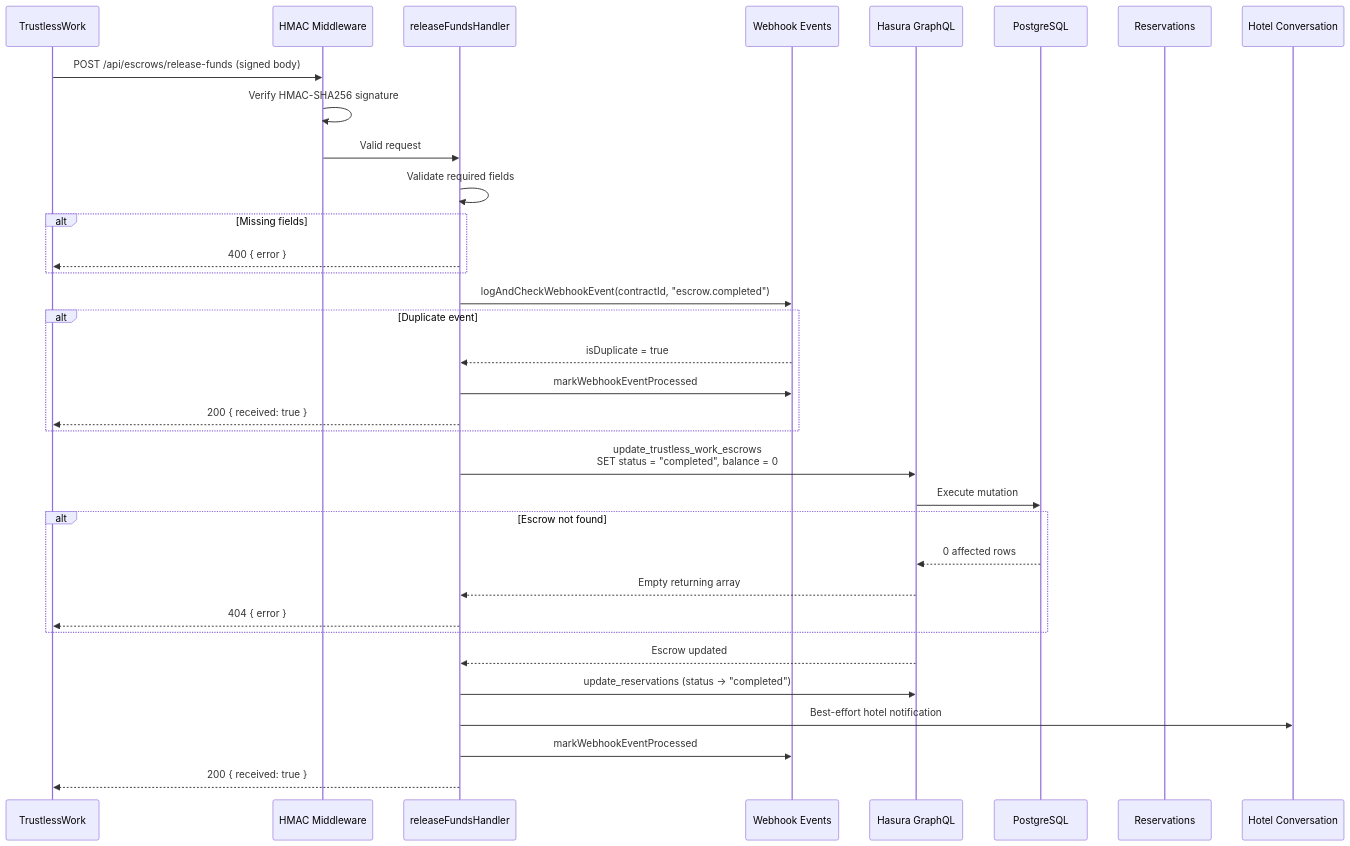
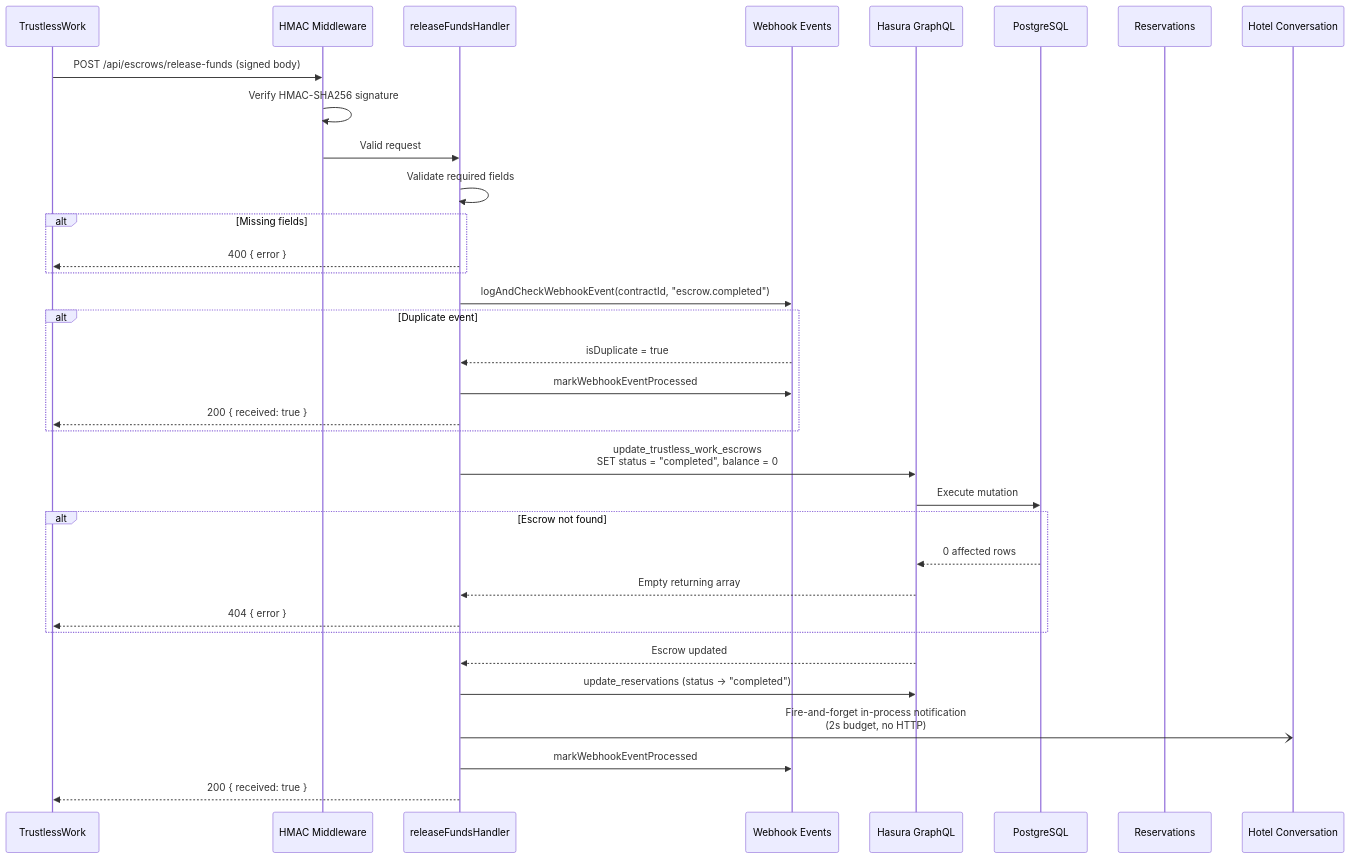
Before and after one commit to safetrustcr/backend-SafeTrust: the first of 3 diagrams in docs/stellar/release-funds.md, drawn with Mermaid. The commit also changed other lines of this file and 16 other files, not shown here.

````diff
--- a/docs/stellar/release-funds.md
+++ b/docs/stellar/release-funds.md
@@ -12,42 +12,42 @@
 ```mermaid
 sequenceDiagram
     participant TW as TrustlessWork
     participant MW as HMAC Middleware
     participant H as releaseFundsHandler
     participant WS as Webhook Events
     participant HAS as Hasura GraphQL
     participant DB as PostgreSQL
     participant R as Reservations
     participant HC as Hotel Conversation
 
     TW->>MW: POST /api/escrows/release-funds (signed body)
     MW->>MW: Verify HMAC-SHA256 signature
     MW->>H: Valid request
 
     H->>H: Validate required fields
     alt Missing fields
         H-->>TW: 400 { error }
     end
 
     H->>WS: logAndCheckWebhookEvent(contractId, "escrow.completed")
     alt Duplicate event
         WS-->>H: isDuplicate = true
         H->>WS: markWebhookEventProcessed
         H-->>TW: 200 { received: true }
     end
 
     H->>HAS: update_trustless_work_escrows<br/>SET status = "completed", balance = 0
     HAS->>DB: Execute mutation
     alt Escrow not found
         DB-->>HAS: 0 affected rows
         HAS-->>H: Empty returning array
         H-->>TW: 404 { error }
     end
     HAS-->>H: Escrow updated
 
     H->>HAS: update_reservations (status → "completed")
-    H->>HC: Best-effort hotel notification
+    H-)HC: Fire-and-forget in-process notification<br/>(2s budget, no HTTP)
 
     H->>WS: markWebhookEventProcessed
     H-->>TW: 200 { received: true }
 ```
````
